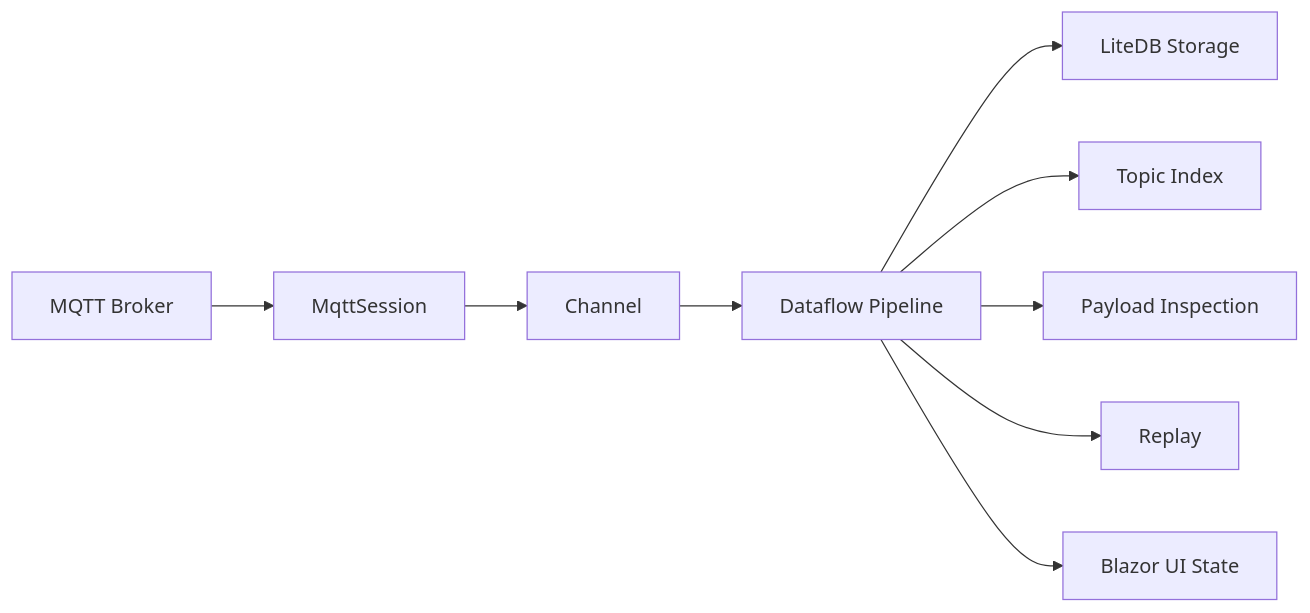
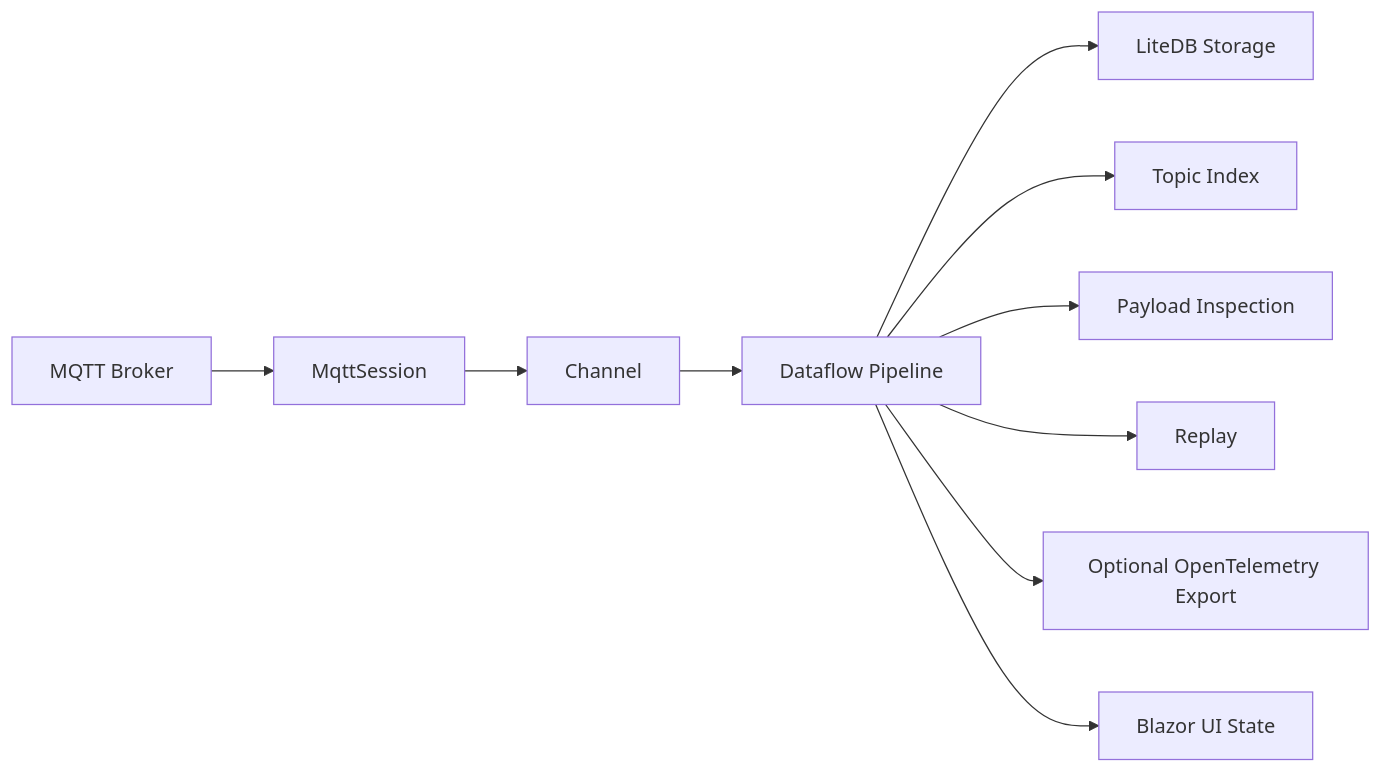
The first of 2 diagrams in docs/architecture.md (araxis/FluxMq), drawn with Mermaid before and after one commit. The commit also changed other lines of this file and 8 other files, not shown here.

Commit message:
Document OpenTelemetry direction

````diff
--- a/docs/architecture.md
+++ b/docs/architecture.md
@@ -5,11 +5,12 @@
 ```mermaid
 flowchart LR
     Broker["MQTT Broker"] --> Session["MqttSession"]
     Session --> Channel["Channel<MqttEnvelope>"]
     Channel --> Pipeline["Dataflow Pipeline"]
     Pipeline --> Storage["LiteDB Storage"]
     Pipeline --> TopicIndex["Topic Index"]
     Pipeline --> Payloads["Payload Inspection"]
     Pipeline --> Replay["Replay"]
+    Pipeline --> Telemetry["Optional OpenTelemetry Export"]
     Pipeline --> UI["Blazor UI State"]
 ```
````
